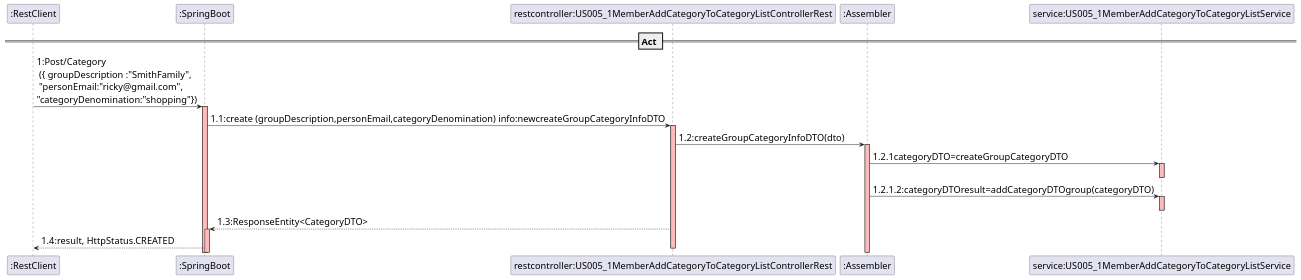
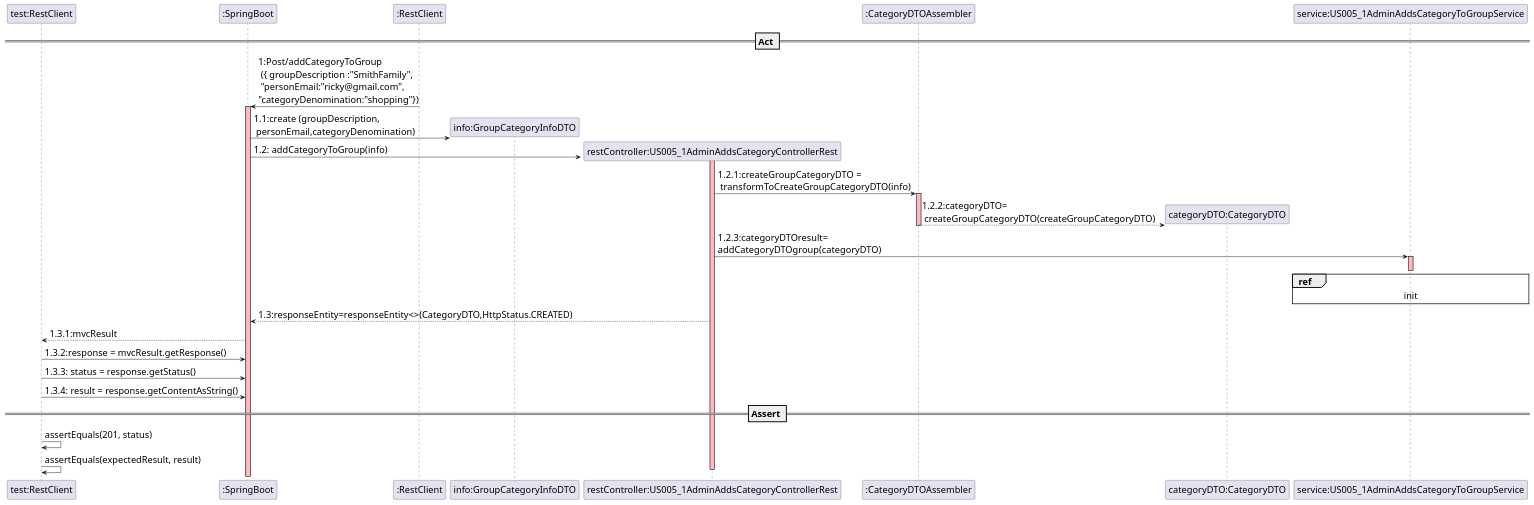
Before and after one commit to mleitaoribeiro/DevOpsMaven: the diagram in src/main/java/switch2019/project/controllerLayer/controllersRest/US005_1AdminAddsCategoryControllerRest.puml, drawn with PlantUML.

Commit message:
ref #832

```diff
--- a/src/main/java/switch2019/project/controllerLayer/controllersRest/US005_1AdminAddsCategoryControllerRest.puml
+++ b/src/main/java/switch2019/project/controllerLayer/controllersRest/US005_1AdminAddsCategoryControllerRest.puml
@@ -1,36 +1,50 @@
 @startuml
 skinparam DefaultFontSize 20
 
-participant ":RestClient"
+participant "test:RestClient"
 
 participant ":SpringBoot"
 
-participant "restcontroller:US005_1MemberAddCategoryToCategoryListControllerRest"
-
 == Act ==
-":RestClient" -> ":SpringBoot" :1:Post/Category \n ({ groupDescription :"SmithFamily",\n "personEmail:"ricky@gmail.com",\n"categoryDenomination:"shopping"})
+":RestClient" -> ":SpringBoot" :1:Post/addCategoryToGroup \n ({ groupDescription :"SmithFamily",\n "personEmail:"ricky@gmail.com",\n"categoryDenomination:"shopping"})
 activate ":SpringBoot" #FFBBBB
 
-":SpringBoot"->"restcontroller:US005_1MemberAddCategoryToCategoryListControllerRest":1.1:create (groupDescription,personEmail,categoryDenomination) info:newcreateGroupCategoryInfoDTO
-activate "restcontroller:US005_1MemberAddCategoryToCategoryListControllerRest" #FFBBBB
+create "info:GroupCategoryInfoDTO"
+":SpringBoot"->"info:GroupCategoryInfoDTO":1.1:create (groupDescription,\n personEmail,categoryDenomination)
+activate "restController:US005_1AdminAddsCategoryControllerRest" #FFBBBB
 
-"restcontroller:US005_1MemberAddCategoryToCategoryListControllerRest"-> ":Assembler":1.2:createGroupCategoryInfoDTO(dto)
-activate ":Assembler" #FFBBBB
+create "restController:US005_1AdminAddsCategoryControllerRest"
+":SpringBoot"-> "restController:US005_1AdminAddsCategoryControllerRest":1.2: addCategoryToGroup(info)
 
-":Assembler"->"service:US005_1MemberAddCategoryToCategoryListService":1.2.1categoryDTO=createGroupCategoryDTO
-activate "service:US005_1MemberAddCategoryToCategoryListService" #FFBBBB
-deactivate "service:US005_1MemberAddCategoryToCategoryListService" #FFBBBB
 
-":Assembler"->"service:US005_1MemberAddCategoryToCategoryListService":1.2.1.2:categoryDTOresult=addCategoryDTOgroup(categoryDTO)
-activate "service:US005_1MemberAddCategoryToCategoryListService" #FFBBBB
-deactivate "service:US005_1MemberAddCategoryToCategoryListService" #FFBBBB
 
-"restcontroller:US005_1MemberAddCategoryToCategoryListControllerRest"--> ":SpringBoot":1.3:ResponseEntity<CategoryDTO>
-activate ":SpringBoot" #FFBBBB
+"restController:US005_1AdminAddsCategoryControllerRest"-> ":CategoryDTOAssembler":1.2.1:createGroupCategoryDTO =\n transformToCreateGroupCategoryDTO(info)
+activate ":CategoryDTOAssembler" #FFBBBB
 
-":SpringBoot"-->":RestClient":1.4:result, HttpStatus.CREATED
+create "categoryDTO:CategoryDTO"
+":CategoryDTOAssembler"-->"categoryDTO:CategoryDTO":1.2.2:categoryDTO=\n createGroupCategoryDTO(createGroupCategoryDTO)
+deactivate ":CategoryDTOAssembler"
 
-deactivate "service:US005_1MemberAddCategoryToCategoryListService"
-deactivate "restcontroller:US005_1MemberAddCategoryToCategoryListControllerRest"
+"restController:US005_1AdminAddsCategoryControllerRest"->"service:US005_1AdminAddsCategoryToGroupService":1.2.3:categoryDTOresult=\naddCategoryDTOgroup(categoryDTO)
+activate "service:US005_1AdminAddsCategoryToGroupService" #FFBBBB
+deactivate "service:US005_1AdminAddsCategoryToGroupService" #FFBBBB
+
+ref over "service:US005_1AdminAddsCategoryToGroupService": init
+
+"restController:US005_1AdminAddsCategoryControllerRest"--> ":SpringBoot":1.3:responseEntity=responseEntity<>(CategoryDTO,HttpStatus.CREATED)
+":SpringBoot"-->"test:RestClient":1.3.1:mvcResult
+
+"test:RestClient" -> ":SpringBoot": 1.3.2:response = mvcResult.getResponse()
+
+"test:RestClient"-> ":SpringBoot":1.3.3: status = response.getStatus()
+
+"test:RestClient" -> ":SpringBoot":1.3.4: result = response.getContentAsString()
+
+== Assert ==
+
+"test:RestClient" -> "test:RestClient" : assertEquals(201, status)
+"test:RestClient" -> "test:RestClient" : assertEquals(expectedResult, result)
+deactivate "service:US005_1AdminAddsCategoryToGroupService"
+deactivate "restController:US005_1AdminAddsCategoryControllerRest"
 
 @enduml
```
